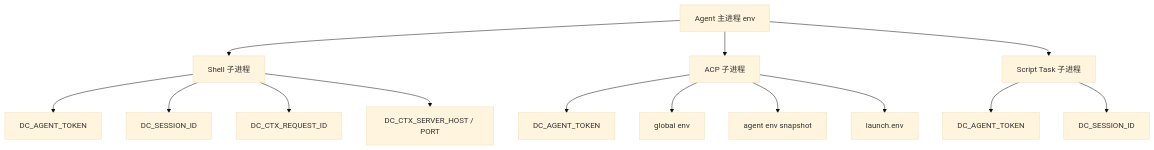
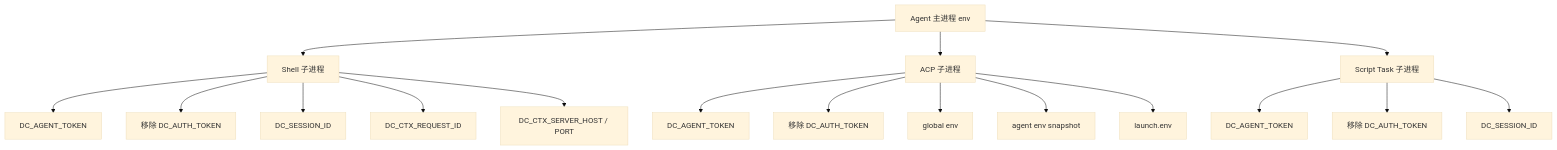
The fourth of 6 diagrams in homepage/content/devdocs/zh/platform/auth-env-and-token-flow.mdx (wangenius/downcity), drawn with Mermaid (base theme) before and after one commit. The commit also changed other lines of this file and 10 other files, not shown here.

````diff
--- a/homepage/content/devdocs/zh/platform/auth-env-and-token-flow.mdx
+++ b/homepage/content/devdocs/zh/platform/auth-env-and-token-flow.mdx
@@ -217,19 +229,22 @@
 ```mermaid
 flowchart TD
   ROOT["Agent 主进程 env"] --> S1["Shell 子进程"]
   ROOT --> S2["ACP 子进程"]
   ROOT --> S3["Script Task 子进程"]
 
   S1 --> E11["DC_AGENT_TOKEN"]
+  S1 --> E15["移除 DC_AUTH_TOKEN"]
   S1 --> E12["DC_SESSION_ID"]
   S1 --> E13["DC_CTX_REQUEST_ID"]
   S1 --> E14["DC_CTX_SERVER_HOST / PORT"]
 
   S2 --> E21["DC_AGENT_TOKEN"]
+  S2 --> E25["移除 DC_AUTH_TOKEN"]
   S2 --> E22["global env"]
   S2 --> E23["agent env snapshot"]
   S2 --> E24["launch.env"]
 
   S3 --> E31["DC_AGENT_TOKEN"]
+  S3 --> E33["移除 DC_AUTH_TOKEN"]
   S3 --> E32["DC_SESSION_ID"]
 ```
````
